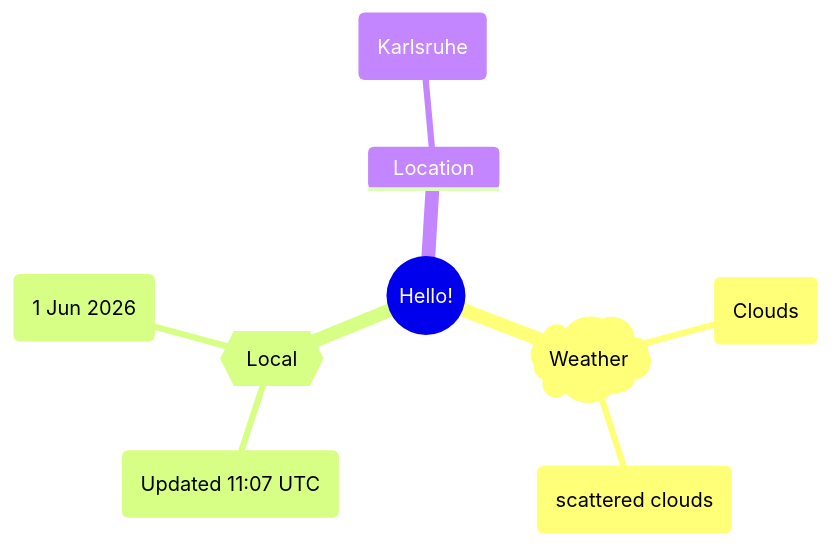
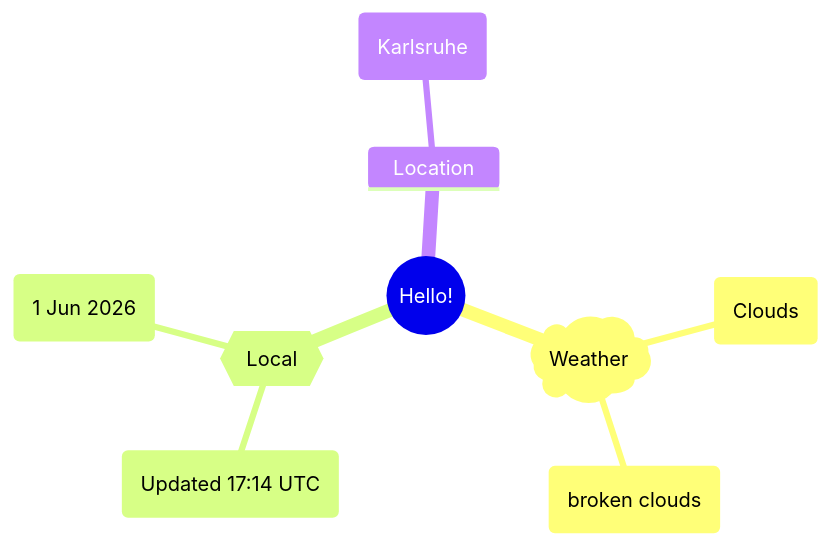
The first of 2 diagrams in README.md (Xosrov/Xosrov), drawn with Mermaid before and after one commit.

Commit message:
[bot] updated images

````diff
--- a/README.md
+++ b/README.md
@@ -3,12 +3,12 @@
 ```mermaid
 mindmap
   root((Hello!))
     )Weather(
         (Clouds)
-        (scattered clouds)
+        (broken clouds)
     {{Local}}
-        (Updated 11:07 UTC)
+        (Updated 17:14 UTC)
         (1 Jun 2026)
     Location
         (Karlsruhe)
 ```
````
